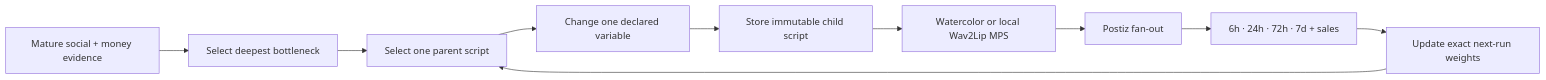
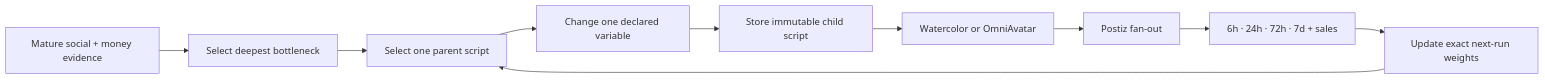
The second of 3 diagrams in specs/28-EBOOK-SELLER-DUAL-MONK-LOOPS.md (Daisuke134/anicca), drawn with Mermaid before and after one commit. The commit also changed other lines of this file and 7 other files, not shown here.

````diff
--- a/specs/28-EBOOK-SELLER-DUAL-MONK-LOOPS.md
+++ b/specs/28-EBOOK-SELLER-DUAL-MONK-LOOPS.md
@@ -129,12 +129,12 @@
 ```mermaid
 flowchart LR
     Evidence[Mature social + money evidence] --> Bottleneck[Select deepest bottleneck]
     Bottleneck --> Parent[Select one parent script]
     Parent --> Mutation[Change one declared variable]
     Mutation --> Script[Store immutable child script]
-    Script --> Render[Watercolor or local Wav2Lip MPS]
+    Script --> Render[Watercolor or OmniAvatar]
     Render --> Publish[Postiz fan-out]
     Publish --> Measure[6h · 24h · 72h · 7d + sales]
     Measure --> Weights[Update exact next-run weights]
     Weights --> Parent
 ```
````
